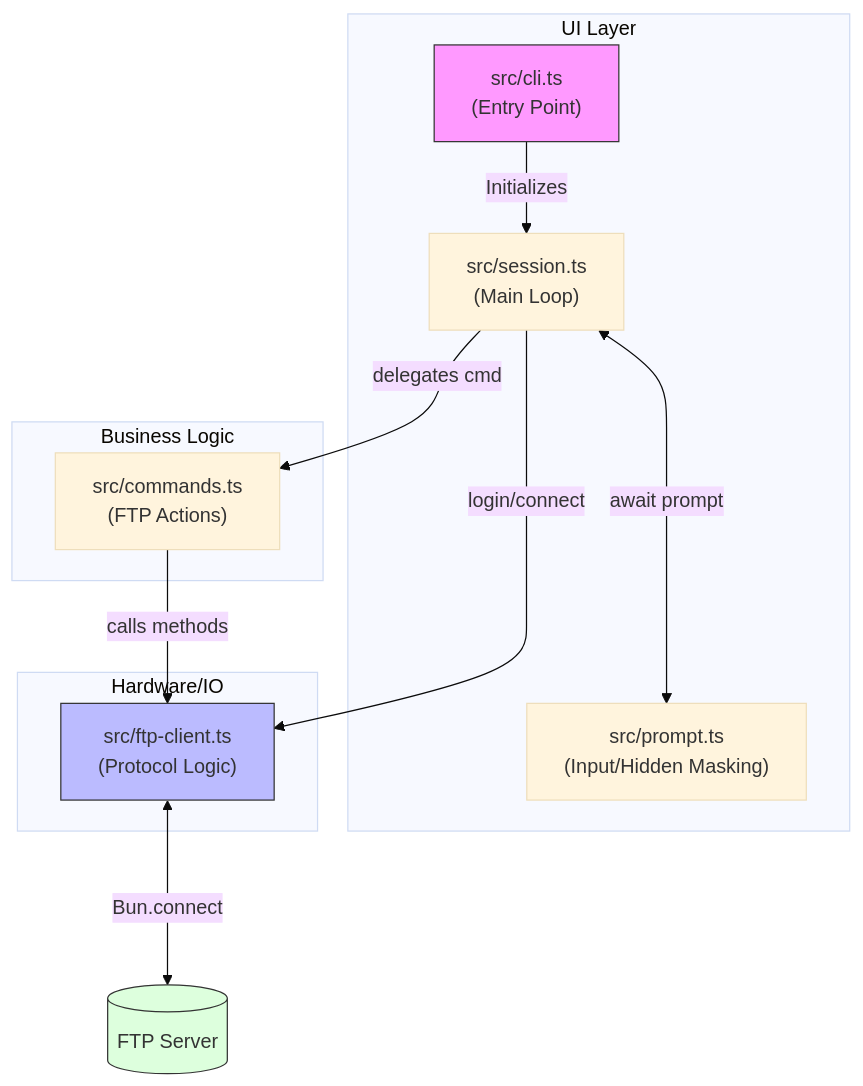
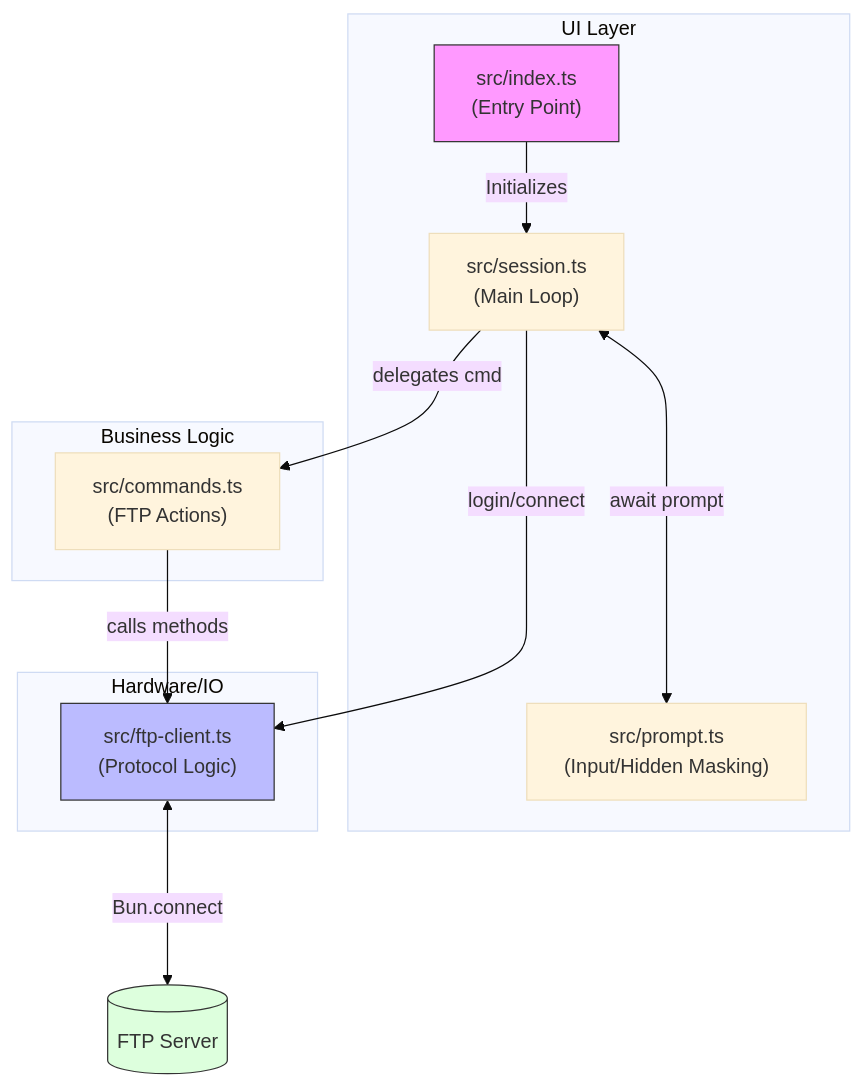
Before and after one commit to FranciscoAVD/ftp-cli: the diagram in README.md, drawn with Mermaid (base theme).

Commit message:
[chore] changed file name

````diff
--- a/README.md
+++ b/README.md
@@ -5,38 +5,38 @@
 ```mermaid
 graph TD
     %% Files
-    CLI["src/cli.ts<br/>(Entry Point)"]
+    CLI["src/index.ts<br/>(Entry Point)"]
     SESS["src/session.ts<br/>(Main Loop)"]
     CMD["src/commands.ts<br/>(FTP Actions)"]
     PROMPT["src/prompt.ts<br/>(Input/Hidden Masking)"]
     CLIENT["src/ftp-client.ts<br/>(Protocol Logic)"]
 
     %% Interactions
     CLI -->|Initializes| SESS
     SESS <--->|await prompt| PROMPT
     SESS -->|delegates cmd| CMD
     
     CMD -->|calls methods| CLIENT
     SESS -->|login/connect| CLIENT
     
     CLIENT <--->|Bun.connect| Server[("FTP Server")]
 
     %% Highlights
     subgraph UI Layer
         CLI
         SESS
         PROMPT
     end
 
     subgraph Business Logic
         CMD
     end
 
     subgraph Hardware/IO
         CLIENT
     end
 
     style CLI fill:#f9f,stroke:#333
     style CLIENT fill:#bbf,stroke:#333
     style Server fill:#dfd,stroke:#333
 ```
````
